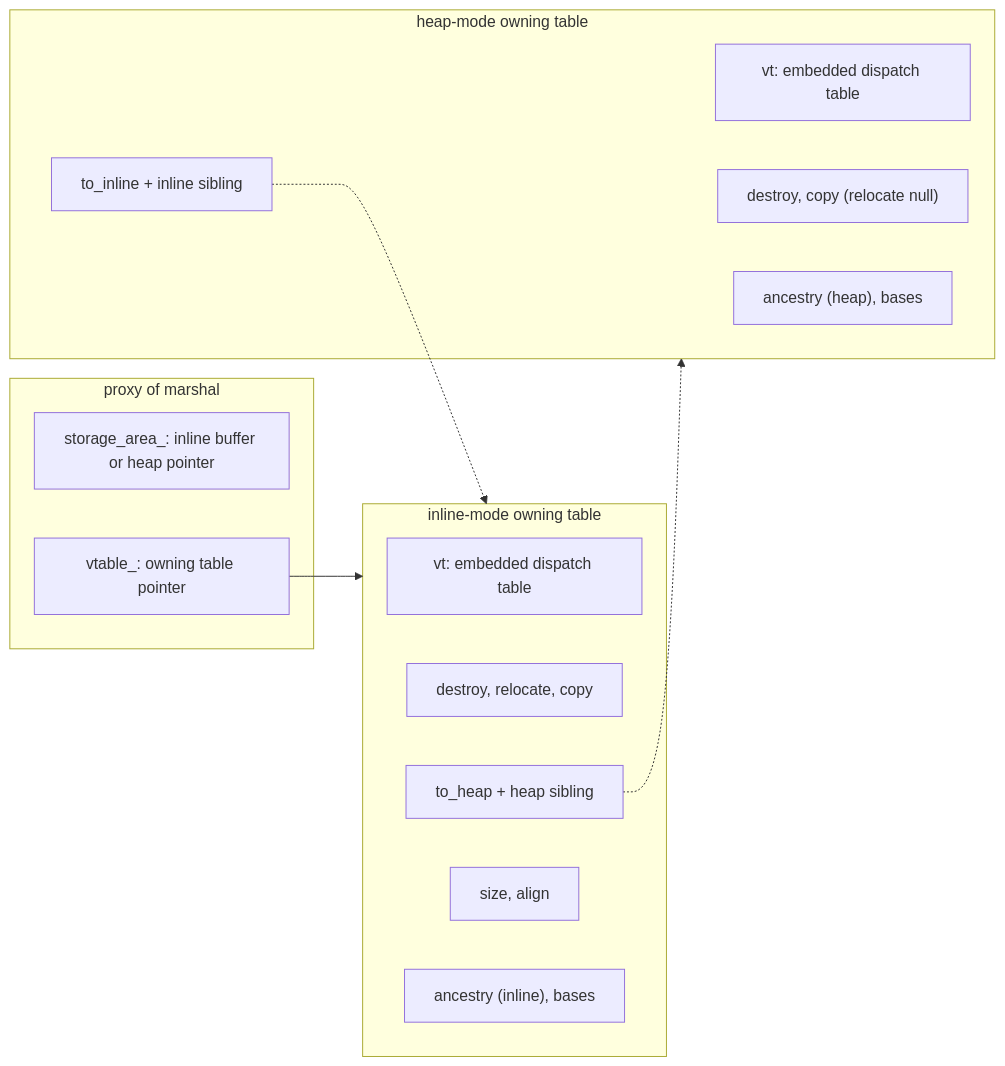
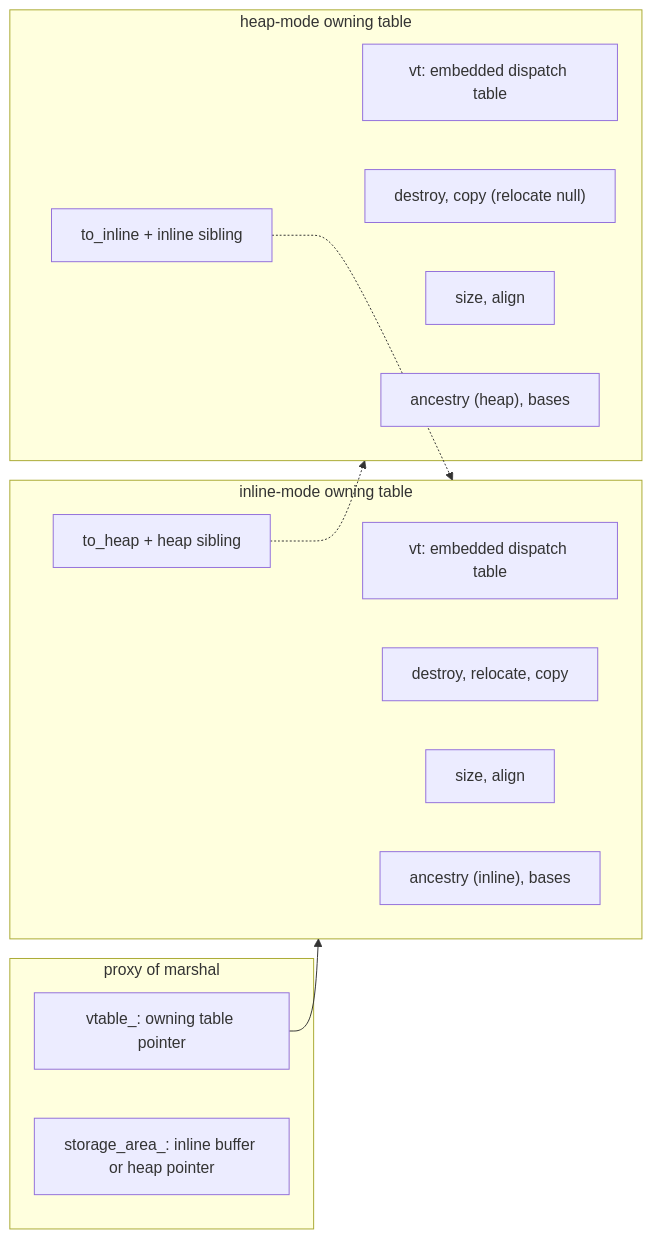
The sixth of 8 diagrams in corvid/meta/invoke/proxy.md (stevensudit/Corvid), drawn with Mermaid before and after one commit. The commit also changed other lines of this file and 4 other files, not shown here.

````diff
--- a/corvid/meta/invoke/proxy.md
+++ b/corvid/meta/invoke/proxy.md
@@ -1635,23 +1653,24 @@
 ```mermaid
 flowchart LR
     subgraph P["proxy of marshal"]
+        VP2["vtable_: owning table pointer"]
         SB["storage_area_: inline buffer or heap pointer"]
-        VP2["vtable_: owning table pointer"]
     end
     subgraph OS["inline-mode owning table"]
         V1["vt: embedded dispatch table"]
         L1["destroy, relocate, copy"]
         X1["to_heap + heap sibling"]
         I1["size, align"]
         N1["ancestry (inline), bases"]
     end
     subgraph OH["heap-mode owning table"]
         V2["vt: embedded dispatch table"]
         L2["destroy, copy (relocate null)"]
         X2["to_inline + inline sibling"]
+        I2["size, align"]
         N2["ancestry (heap), bases"]
     end
     VP2 --> OS
     X1 -.-> OH
     X2 -.-> OS
 ```
````
